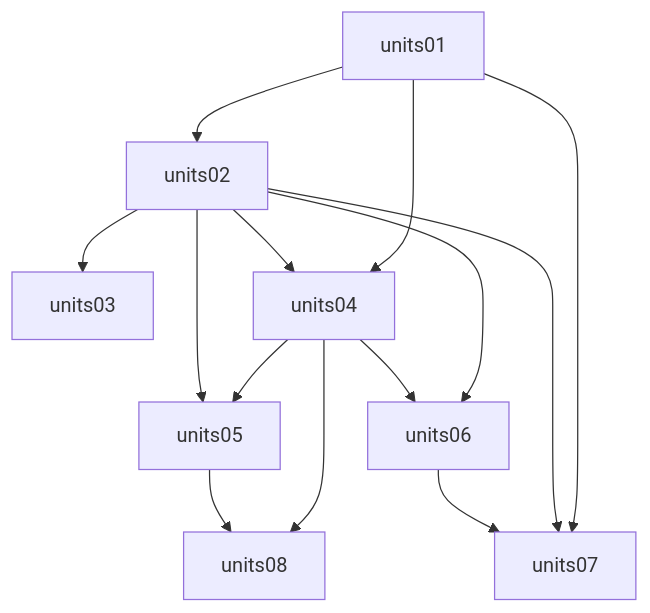
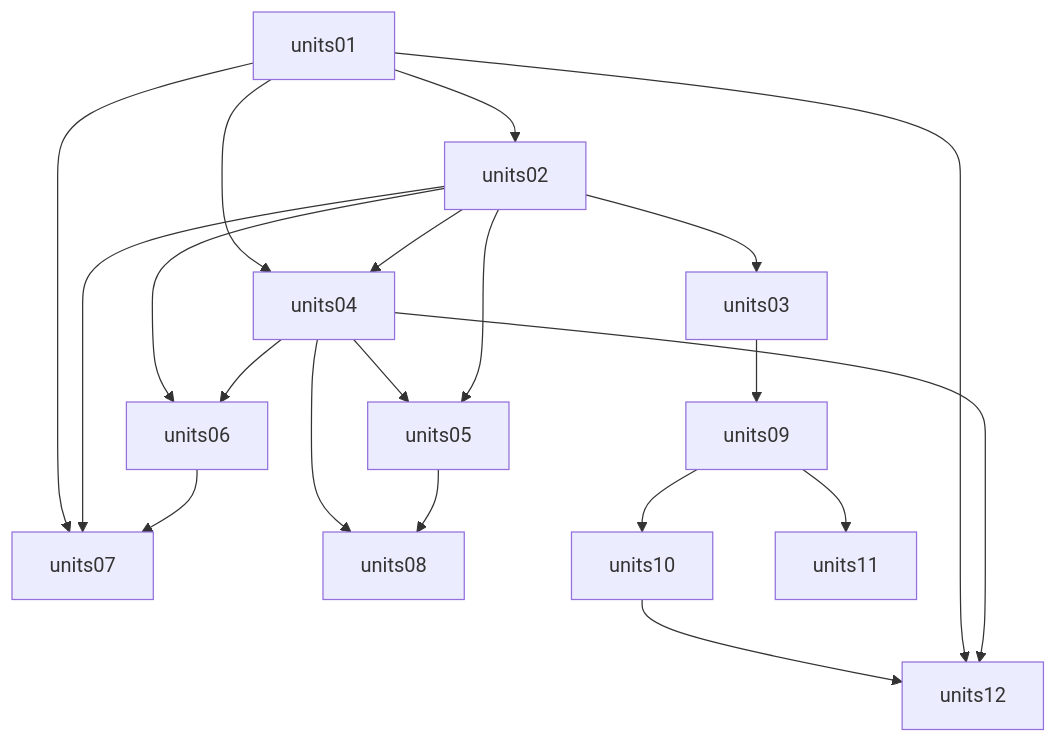
The diagram in context/specs/units-00-build-plan.md (kilemmarxweber/coccinelle), drawn with Mermaid before and after one commit. The commit also changed other lines of this file and 78 other files, not shown here.

````diff
--- a/context/specs/units-00-build-plan.md
+++ b/context/specs/units-00-build-plan.md
@@ -27,15 +38,21 @@
 ```mermaid
 flowchart TD
   u01[units01] --> u02[units02] --> u03[units03]
   u01 --> u04[units04]
   u02 --> u04
   u04 --> u05[units05]
   u02 --> u05
   u02 --> u06[units06]
   u04 --> u06
   u01 --> u07[units07]
   u02 --> u07
   u06 --> u07
   u04 --> u08[units08]
   u05 --> u08
+  u03 --> u09[units09]
+  u09 --> u10[units10]
+  u09 --> u11[units11]
+  u10 --> u12[units12]
+  u01 --> u12
+  u04 --> u12
 ```
````
